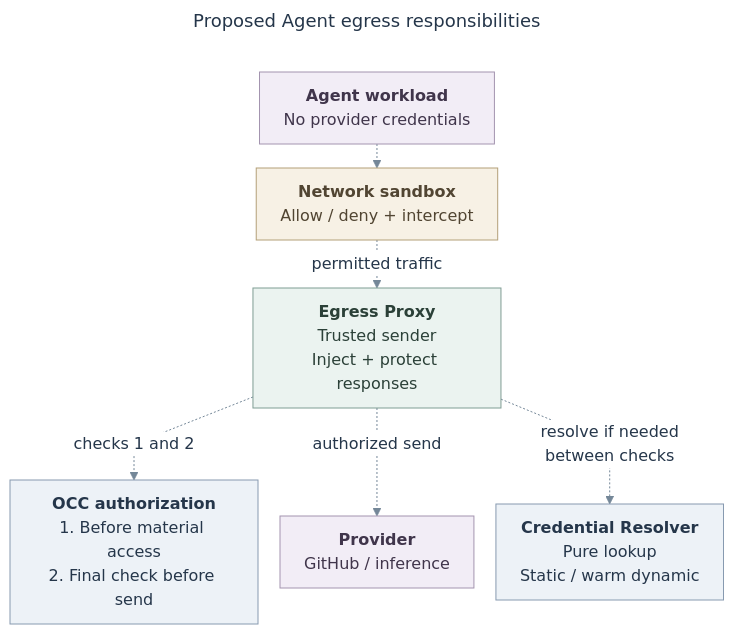
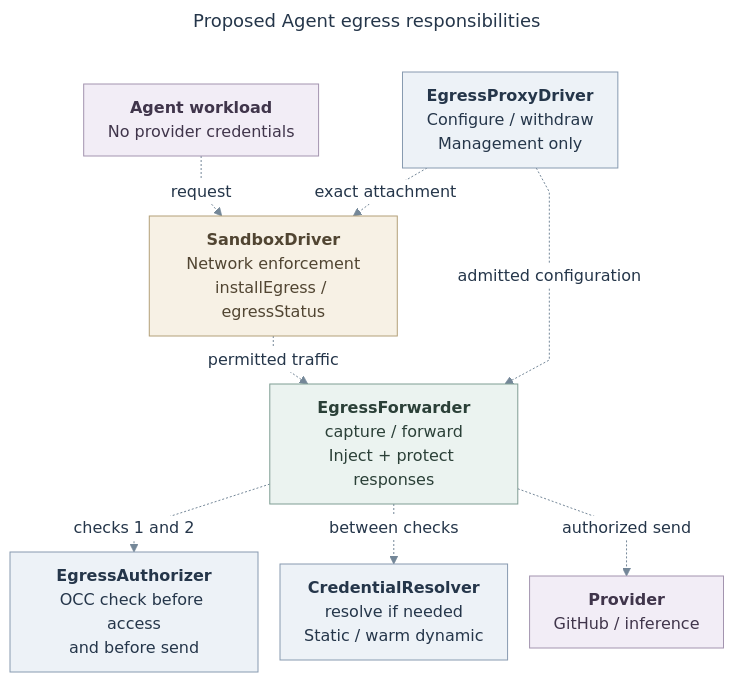
One commit to freeqaz-openai/openclaw-enterprise changed the diagram in specs/rfcs/0019-egress-proxy-credential-lifecycle/assets/overview.mmd. Above: the diagram before and after it, drawn with Mermaid. The commit also changed 22 other files, not shown here.

Commit message:
docs(rfc): define replacement egress and credential interfaces

```diff
--- a/specs/rfcs/0019-egress-proxy-credential-lifecycle/assets/overview.mmd
+++ b/specs/rfcs/0019-egress-proxy-credential-lifecycle/assets/overview.mmd
@@ -1,45 +1,49 @@
 ---
 title: "Proposed Agent egress responsibilities"
 config:
   theme: base
   htmlLabels: true
   themeVariables:
     fontFamily: "Arial, sans-serif"
     fontSize: "16px"
     primaryTextColor: "#25364A"
     lineColor: "#748798"
     edgeLabelBackground: "#FFFFFF"
     clusterBkg: "#FAFBFC"
     clusterBorder: "#D8DEE6"
   flowchart:
     useMaxWidth: false
     curve: linear
     nodeSpacing: 22
     rankSpacing: 24
     padding: 12
     diagramPadding: 12
     subGraphTitleMargin:
       top: 10
       bottom: 14
 ---
 flowchart TB
+  %% Proposed contract roles; boxes do not prescribe separate daemons.
   Agent["<b>Agent workload</b><br/>No provider credentials"]
-  Network["<b>Network sandbox</b><br/>Allow / deny + intercept"]
-  Proxy["<b>Egress Proxy</b><br/>Trusted sender<br/>Inject + protect responses"]
-  Network -. "permitted traffic" .-> Proxy
-  OCC["<b>OCC authorization</b><br/>1. Before material access<br/>2. Final check before send"]
+  Network["<b>SandboxDriver</b><br/>Network enforcement<br/>installEgress / egressStatus"]
+  Driver["<b>EgressProxyDriver</b><br/>Configure / withdraw<br/>Management only"]
+  Sender["<b>EgressForwarder</b><br/>capture / forward<br/>Inject + protect responses"]
+  OCC["<b>EgressAuthorizer</b><br/>OCC check before access<br/>and before send"]
   Provider["<b>Provider</b><br/>GitHub / inference"]
-  Resolver["<b>Credential Resolver</b><br/>Pure lookup<br/>Static / warm dynamic"]
-  Agent -.-> Network
-  Proxy -. "checks 1 and 2" .-> OCC
-  Proxy -. "authorized send" .-> Provider
-  Proxy -. "resolve if needed<br/>between checks" .-> Resolver
+  Resolver["<b>CredentialResolver</b><br/>resolve if needed<br/>Static / warm dynamic"]
+  Agent -. request .-> Network
+  Network -. permitted traffic .-> Sender
+  Driver -. exact attachment .-> Network
+  Driver -. admitted configuration .-> Sender
+  Sender -. checks 1 and 2 .-> OCC
+  Sender -. between checks .-> Resolver
+  Sender -. authorized send .-> Provider
   class Agent,Provider external
-  class Proxy action
+  class Sender action
   class Network gate
-  class OCC,Resolver api
+  class Driver,OCC,Resolver api
   classDef api fill:#EDF2F7,stroke:#879AB0,color:#25364A,stroke-width:1px
   classDef action fill:#EBF3F0,stroke:#7F9D93,color:#2B4038,stroke-width:1px
   classDef external fill:#F2EDF6,stroke:#A394AF,color:#40354B,stroke-width:1px
   classDef gate fill:#F7F1E5,stroke:#B3A078,color:#514532,stroke-width:1px
   linkStyle default stroke:#748798,stroke-width:1px
```
